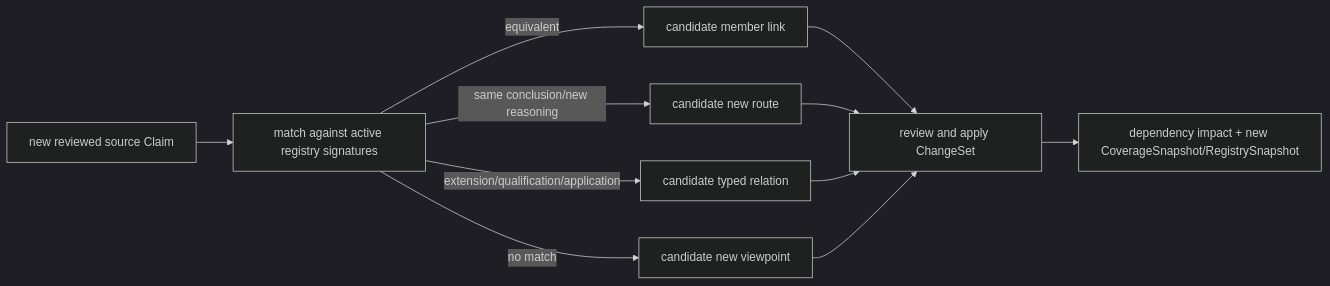
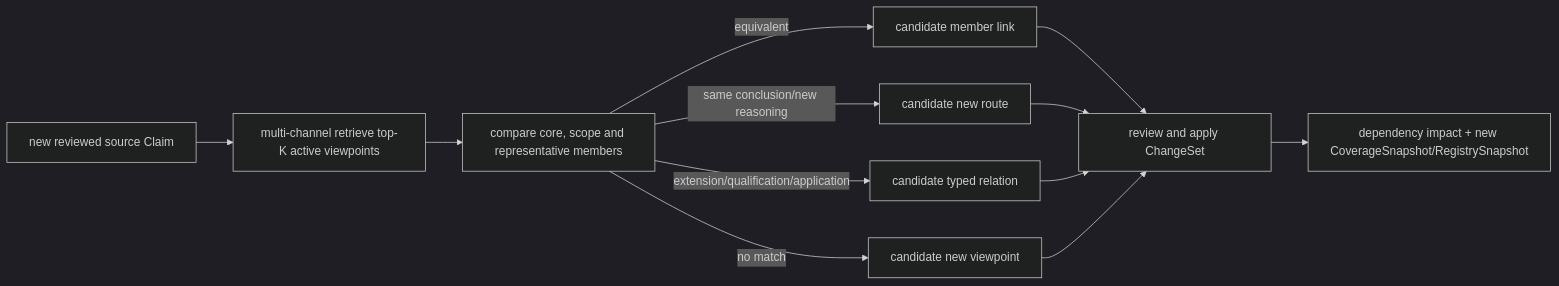
Before and after one commit to junyang168/smart-answer: the third of 4 diagrams in docs/wang-knowledge-platform/canonical_viewpoint_registry_design_v1.md, drawn with Mermaid (dark theme). The commit also changed other lines of this file, not shown here.

````diff
--- a/docs/wang-knowledge-platform/canonical_viewpoint_registry_design_v1.md
+++ b/docs/wang-knowledge-platform/canonical_viewpoint_registry_design_v1.md
@@ -1063,13 +1114,14 @@
 ```mermaid
 flowchart LR
-    S["new reviewed source Claim"] --> M["match against active registry signatures"]
+    S["new reviewed source Claim"] --> Q["multi-channel retrieve top-K active viewpoints"]
+    Q --> M["compare core, scope and representative members"]
     M -->|equivalent| L["candidate member link"]
     M -->|same conclusion/new reasoning| R["candidate new route"]
     M -->|extension/qualification/application| G["candidate typed relation"]
     M -->|no match| N["candidate new viewpoint"]
     L --> V["review and apply ChangeSet"]
     R --> V
     G --> V
     N --> V
     V --> I["dependency impact + new CoverageSnapshot/RegistrySnapshot"]
 ```
````
